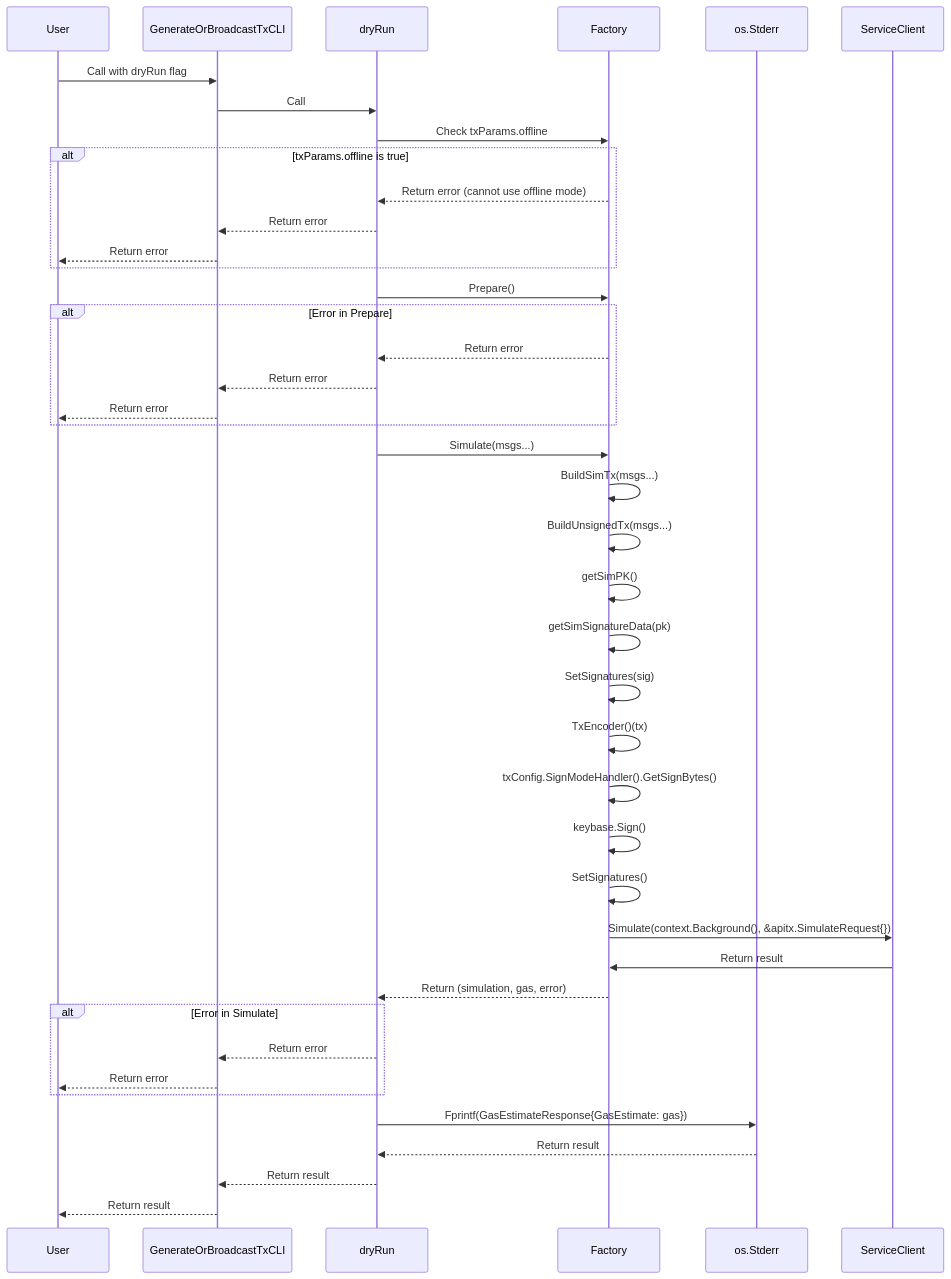
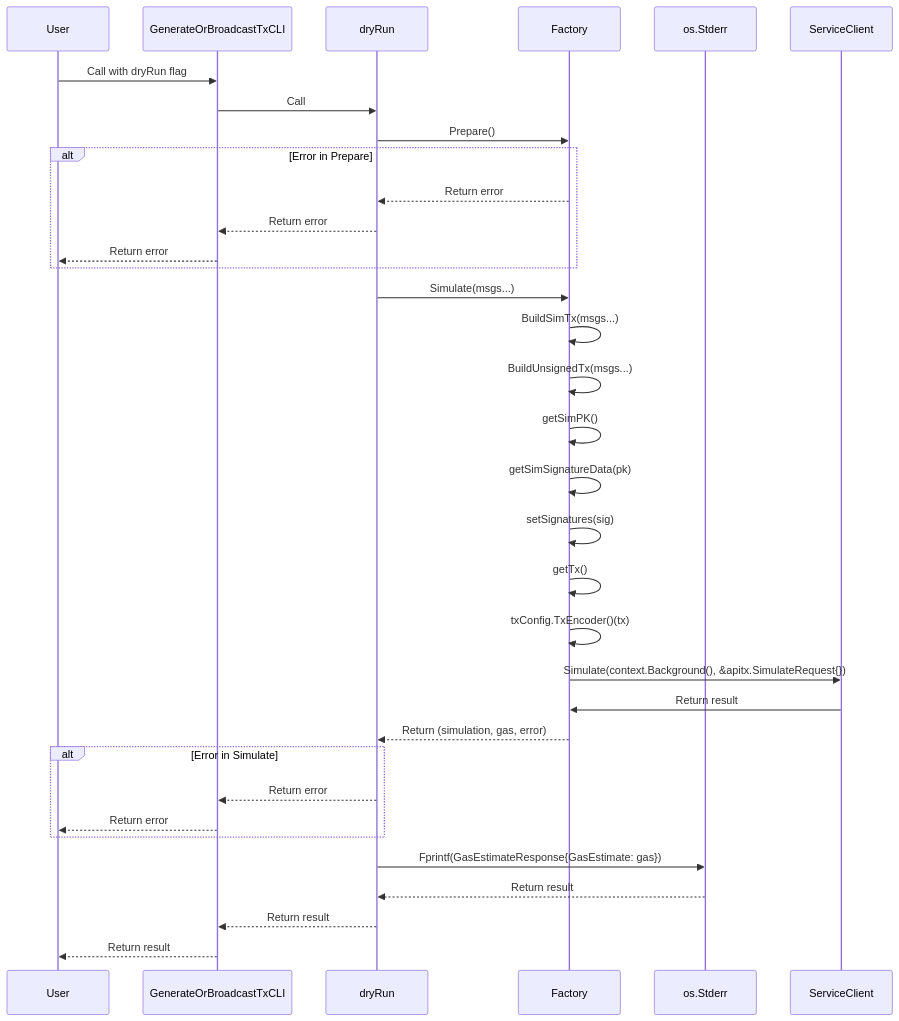
Before and after one commit to cosmos/cosmos-sdk: the seventh of 8 diagrams in client/v2/tx/README.md, drawn with Mermaid. The commit also changed other lines of this file and 6 other files, not shown here.

````diff
--- a/client/v2/tx/README.md
+++ b/client/v2/tx/README.md
@@ -385,51 +315,41 @@
 ```mermaid
 sequenceDiagram
     participant User
     participant GenerateOrBroadcastTxCLI
     participant dryRun
     participant Factory
     participant os.Stderr
 
     User->>GenerateOrBroadcastTxCLI: Call with dryRun flag
     GenerateOrBroadcastTxCLI->>dryRun: Call
-
-    dryRun->>Factory: Check txParams.offline
-    alt txParams.offline is true
-        Factory-->>dryRun: Return error (cannot use offline mode)
-        dryRun-->>GenerateOrBroadcastTxCLI: Return error
-        GenerateOrBroadcastTxCLI-->>User: Return error
-    end
 
     dryRun->>Factory: Prepare()
     alt Error in Prepare
         Factory-->>dryRun: Return error
         dryRun-->>GenerateOrBroadcastTxCLI: Return error
         GenerateOrBroadcastTxCLI-->>User: Return error
     end
 
     dryRun->>Factory: Simulate(msgs...)
     Factory->>Factory: BuildSimTx(msgs...)
     Factory->>Factory: BuildUnsignedTx(msgs...)
     Factory->>Factory: getSimPK()
     Factory->>Factory: getSimSignatureData(pk)
-    Factory->>Factory: SetSignatures(sig)
-    Factory->>Factory: TxEncoder()(tx)
+    Factory->>Factory: setSignatures(sig)
+    Factory->>Factory: getTx()
+    Factory->>Factory: txConfig.TxEncoder()(tx)
     
-    Factory->>Factory: txConfig.SignModeHandler().GetSignBytes()
-    Factory->>Factory: keybase.Sign()
-    Factory->>Factory: SetSignatures()
-
     Factory->>ServiceClient: Simulate(context.Background(), &apitx.SimulateRequest{})
     ServiceClient->>Factory: Return result
     
     Factory-->>dryRun: Return (simulation, gas, error)
     alt Error in Simulate
         dryRun-->>GenerateOrBroadcastTxCLI: Return error
         GenerateOrBroadcastTxCLI-->>User: Return error
     end
 
     dryRun->>os.Stderr: Fprintf(GasEstimateResponse{GasEstimate: gas})
     os.Stderr-->>dryRun: Return result
     dryRun-->>GenerateOrBroadcastTxCLI: Return result
     GenerateOrBroadcastTxCLI-->>User: Return result
 ```
````
